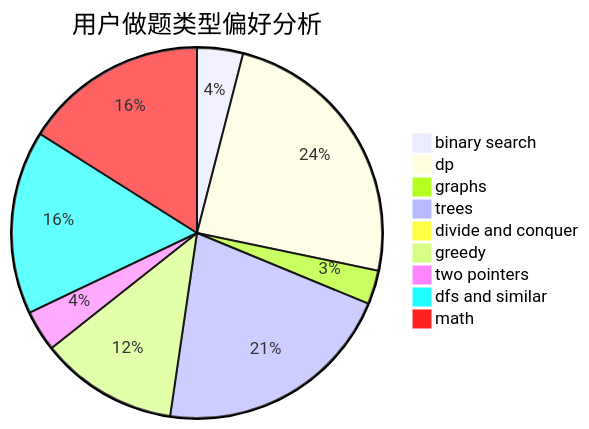
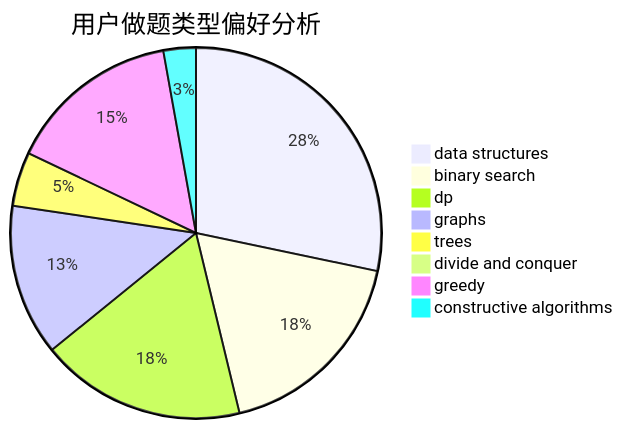
The second of 3 diagrams in docs/user/u406.md (sherpahu/cfrs.github.io), drawn with Mermaid before and after one commit. The commit also changed other lines of this file and 2775 other files, not shown here.

````diff
--- a/docs/user/u406.md
+++ b/docs/user/u406.md
@@ -23,12 +23,11 @@
 ```mermaid
 pie title 用户做题类型偏好分析
+    "data structures" :  30
     "binary search" :  19
-    "dp" :  115
+    "dp" :  19
     "graphs" :  14
-    "trees" :  100
+    "trees" :  5
     "divide and conquer" :  0
-    "greedy" :  57
-    "two pointers" :  17
-    "dfs and similar" :  76
-    "math" :  76
+    "greedy" :  16
+    "constructive algorithms" :  3
 ```
````
